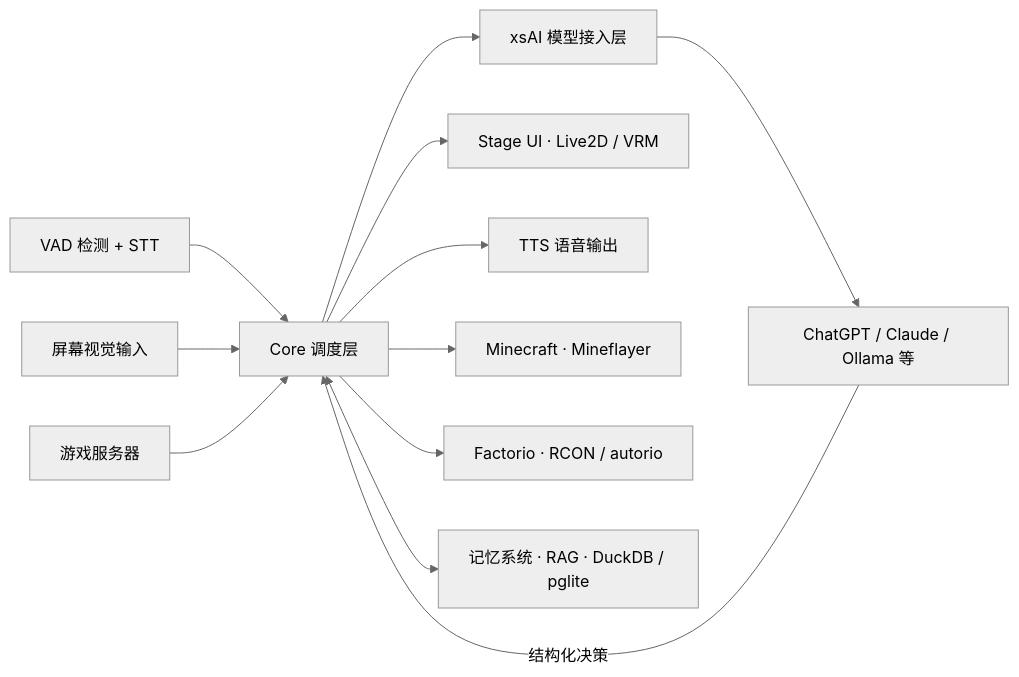
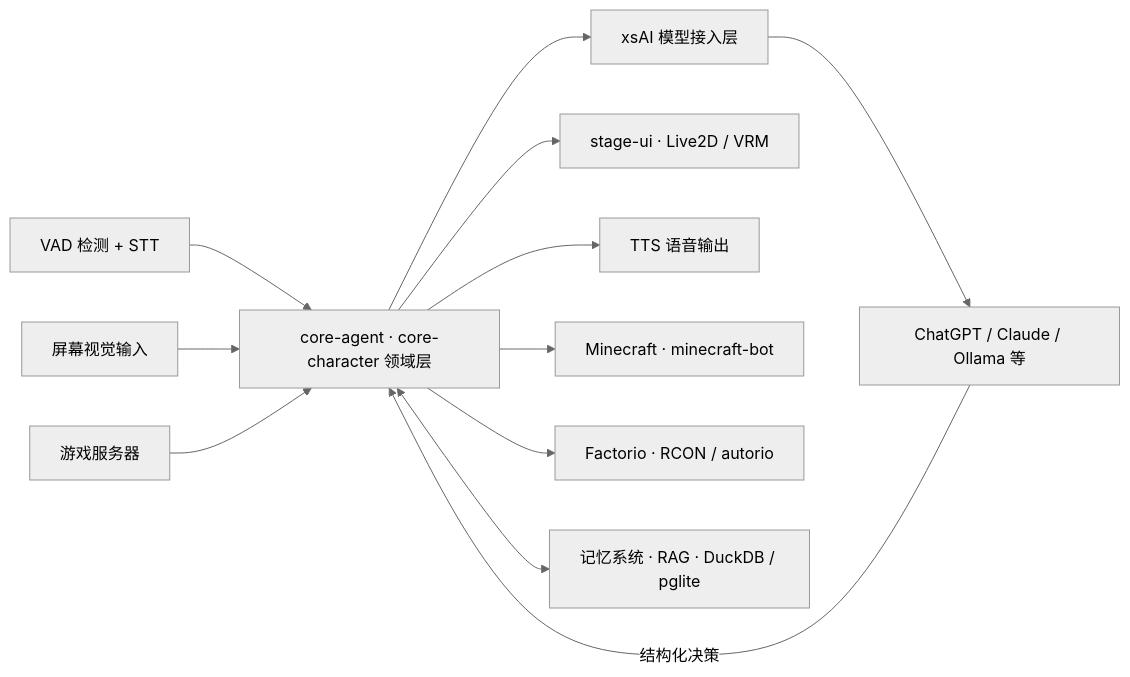
The diagram in content/posts/tech/airi-self-hosted-grok-companion-guide.md (A1pha3/text-matrix), drawn with Mermaid (neutral theme) before and after one commit. The commit also changed other lines of this file and 53 other files, not shown here.

````diff
--- a/content/posts/tech/airi-self-hosted-grok-companion-guide.md
+++ b/content/posts/tech/airi-self-hosted-grok-companion-guide.md
@@ -42,13 +42,13 @@
 ```mermaid
 flowchart LR
-  VAD[VAD 检测 + STT] --> CORE[Core 调度层]
-  VIS[屏幕视觉输入] --> CORE
-  GAME[游戏服务器] --> CORE
-  CORE --> XSAI[xsAI 模型接入层] --> LLM[ChatGPT / Claude / Ollama 等]
-  LLM -->|结构化决策| CORE
-  CORE --> RENDER[Stage UI · Live2D / VRM]
-  CORE --> TTS[TTS 语音输出]
-  CORE --> MC[Minecraft · Mineflayer]
-  CORE --> FAC[Factorio · RCON / autorio]
-  CORE <--> MEM[记忆系统 · RAG · DuckDB / pglite]
+  VAD[VAD 检测 + STT] --> DOMAIN[core-agent · core-character 领域层]
+  VIS[屏幕视觉输入] --> DOMAIN
+  GAME[游戏服务器] --> DOMAIN
+  DOMAIN --> XSAI[xsAI 模型接入层] --> LLM[ChatGPT / Claude / Ollama 等]
+  LLM -->|结构化决策| DOMAIN
+  DOMAIN --> RENDER[stage-ui · Live2D / VRM]
+  DOMAIN --> TTS[TTS 语音输出]
+  DOMAIN --> MC[Minecraft · minecraft-bot]
+  DOMAIN --> FAC[Factorio · RCON / autorio]
+  DOMAIN <--> MEM[记忆系统 · RAG · DuckDB / pglite]
 ```
````
